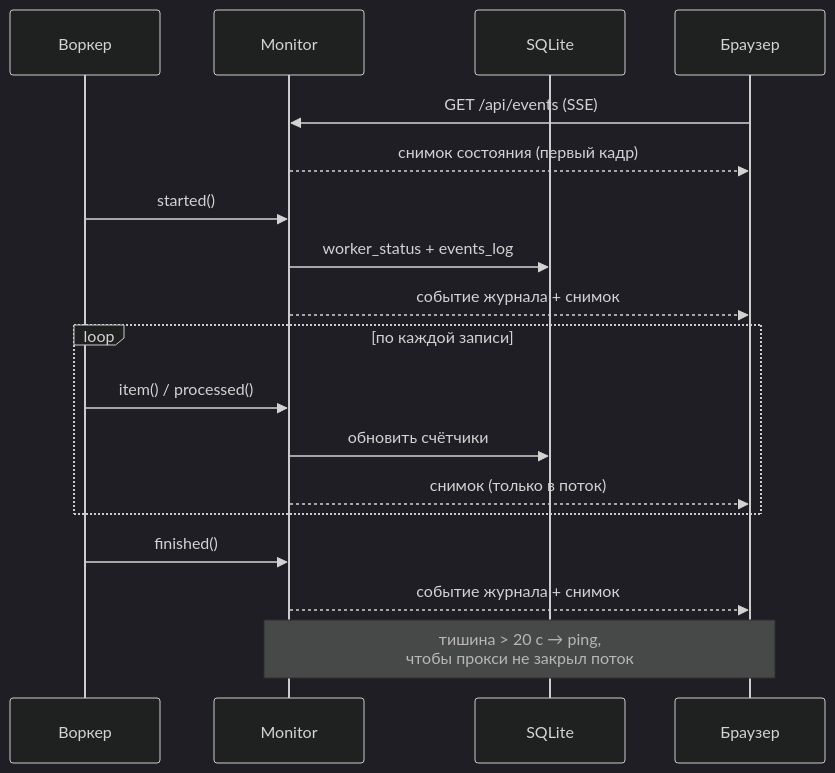
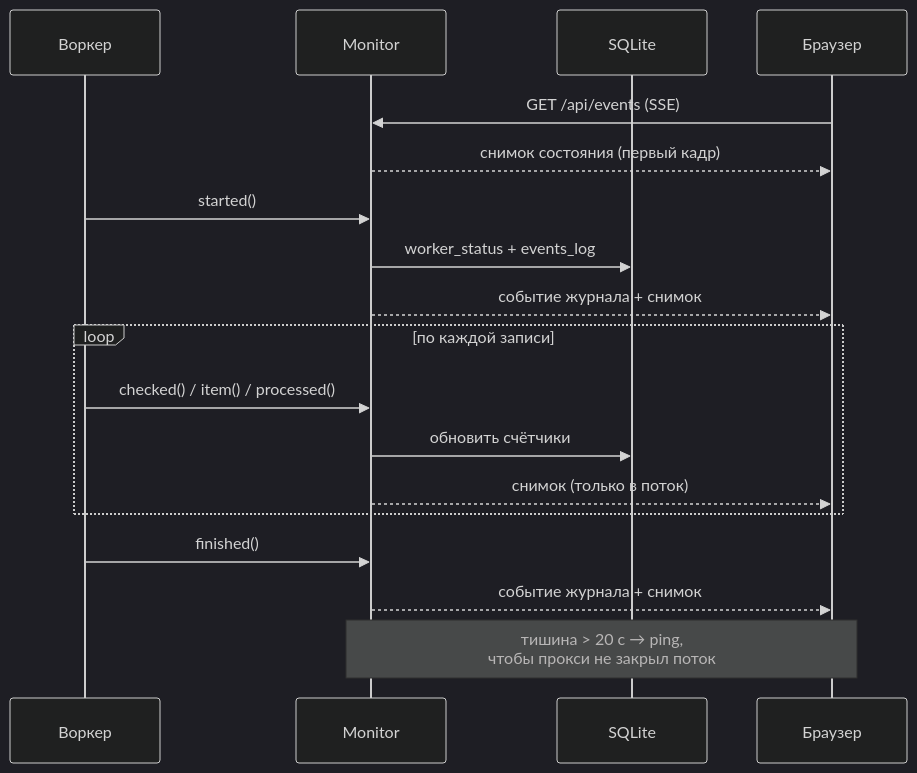
Before and after one commit to docxi-org/mcwatch: the eighth of 9 diagrams in README.md, drawn with Mermaid (dark theme). The commit also changed other lines of this file, not shown here.

````diff
--- a/README.md
+++ b/README.md
@@ -276,25 +314,25 @@
 ```mermaid
 sequenceDiagram
     participant W as Воркер
     participant M as Monitor
     participant DB as SQLite
     participant B as Браузер
 
     B->>M: GET /api/events (SSE)
     M-->>B: снимок состояния (первый кадр)
 
     W->>M: started()
     M->>DB: worker_status + events_log
     M-->>B: событие журнала + снимок
 
     loop по каждой записи
-        W->>M: item() / processed()
+        W->>M: checked() / item() / processed()
         M->>DB: обновить счётчики
         M-->>B: снимок (только в поток)
     end
 
     W->>M: finished()
     M-->>B: событие журнала + снимок
 
     Note over M,B: тишина > 20 с → ping,<br/>чтобы прокси не закрыл поток
 ```
````
